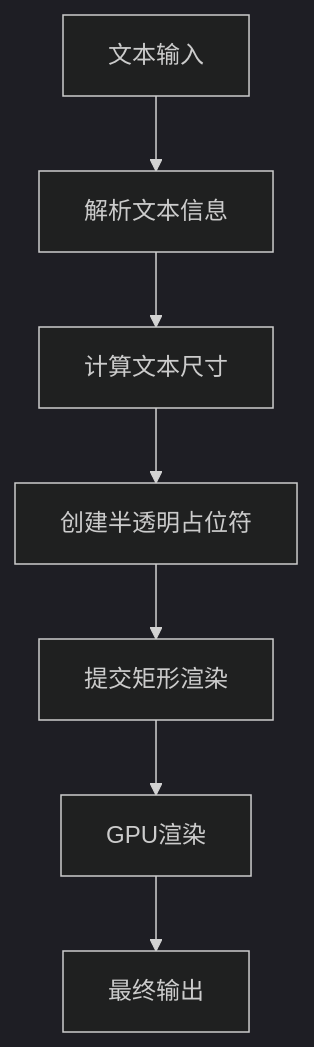
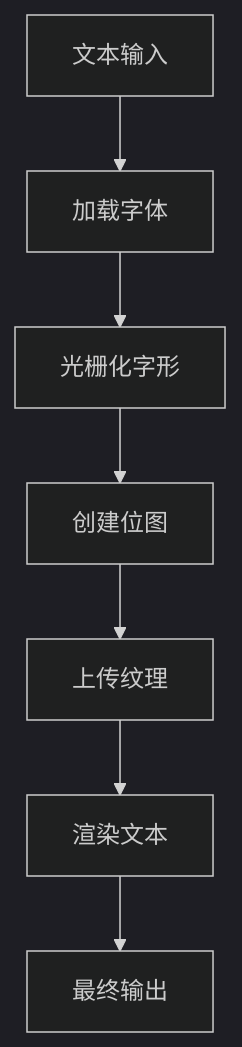
One commit to itszzl-sudo/iris changed diagram 16 of 22 in .qoder/repowiki/zh/content/核心功能特性/自研浏览器级渲染能力.md. Above: the diagram before and after it, drawn with Mermaid (dark theme). The commit also changed other lines of this file and 4 other files, not shown here.

````diff
--- a/.qoder/repowiki/zh/content/核心功能特性/自研浏览器级渲染能力.md
+++ b/.qoder/repowiki/zh/content/核心功能特性/自研浏览器级渲染能力.md
@@ -476,9 +552,9 @@
 ```mermaid
 flowchart TD
-TextInput[文本输入] --> ParseText[解析文本信息]
-ParseText --> CalcSize[计算文本尺寸]
-CalcSize --> CreatePlaceholder[创建半透明占位符]
-CreatePlaceholder --> SubmitRect[提交矩形渲染]
-SubmitRect --> Render[GPU渲染]
-Render --> Output[最终输出]
+TextInput[文本输入] --> LoadFont[加载字体]
+LoadFont --> Rasterize[光栅化字形]
+Rasterize --> CreateBitmap[创建位图]
+CreateBitmap --> UploadTexture[上传纹理]
+UploadTexture --> RenderText[渲染文本]
+RenderText --> Output[最终输出]
 ```
````
